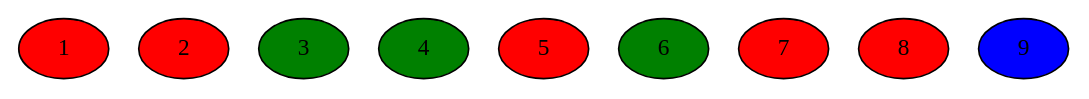
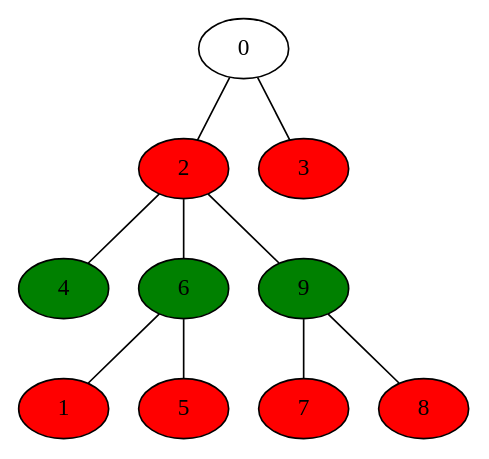
One commit to MadPotatos/ThuVienToanRoiRac changed the diagram in thuvien1/dothitomau.dot. Above: the diagram before and after it, drawn with Graphviz. The commit also changed 47 other files, not shown here.

```diff
--- a/thuvien1/dothitomau.dot
+++ b/thuvien1/dothitomau.dot
@@ -1,11 +1,20 @@
 graph dothi{
 1 [fillcolor=red, style=filled];
 2 [fillcolor=red, style=filled];
-3 [fillcolor=green, style=filled];
+3 [fillcolor=red, style=filled];
 4 [fillcolor=green, style=filled];
 5 [fillcolor=red, style=filled];
 6 [fillcolor=green, style=filled];
 7 [fillcolor=red, style=filled];
 8 [fillcolor=red, style=filled];
-9 [fillcolor=blue, style=filled];
+9 [fillcolor=green, style=filled];
+0 -- 2;
+0 -- 3;
+2 -- 4;
+2 -- 6;
+2 -- 9;
+6 -- 1;
+6 -- 5;
+9 -- 7;
+9 -- 8;
 }
```
